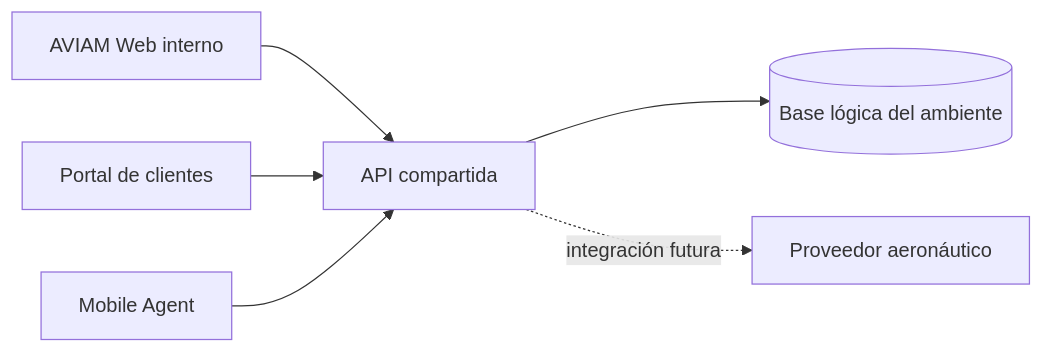
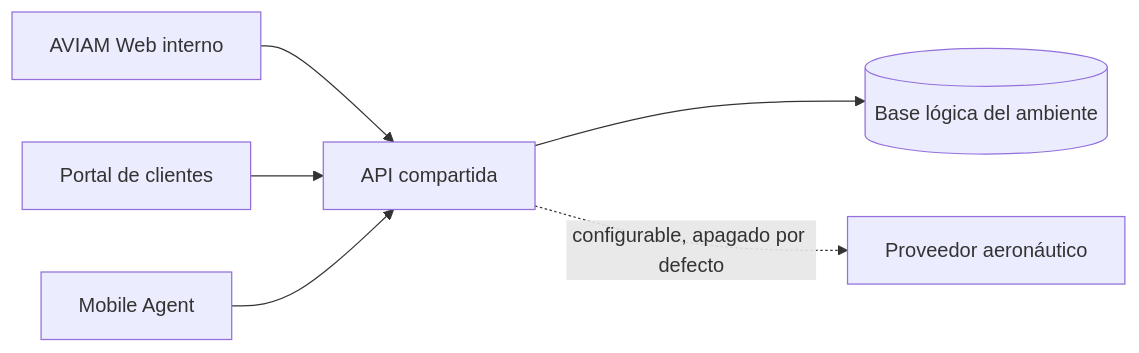
One commit to ErickEduardo027/ELEVANT changed the diagram in Vault/02-producto/README.md. Above: the diagram before and after it, drawn with Mermaid. The commit also changed other lines of this file and 51 other files, not shown here.

````diff
--- a/Vault/02-producto/README.md
+++ b/Vault/02-producto/README.md
@@ -41,8 +41,8 @@
 ```mermaid
 flowchart LR
     PW[AVIAM Web interno] --> API[API compartida]
     PUB[Portal de clientes] --> API
     MOB[Mobile Agent] --> API
     API --> DB[(Base lógica del ambiente)]
-    API -. integración futura .-> EXT[Proveedor aeronáutico]
+    API -. configurable, apagado por defecto .-> EXT[Proveedor aeronáutico]
 ```
````
